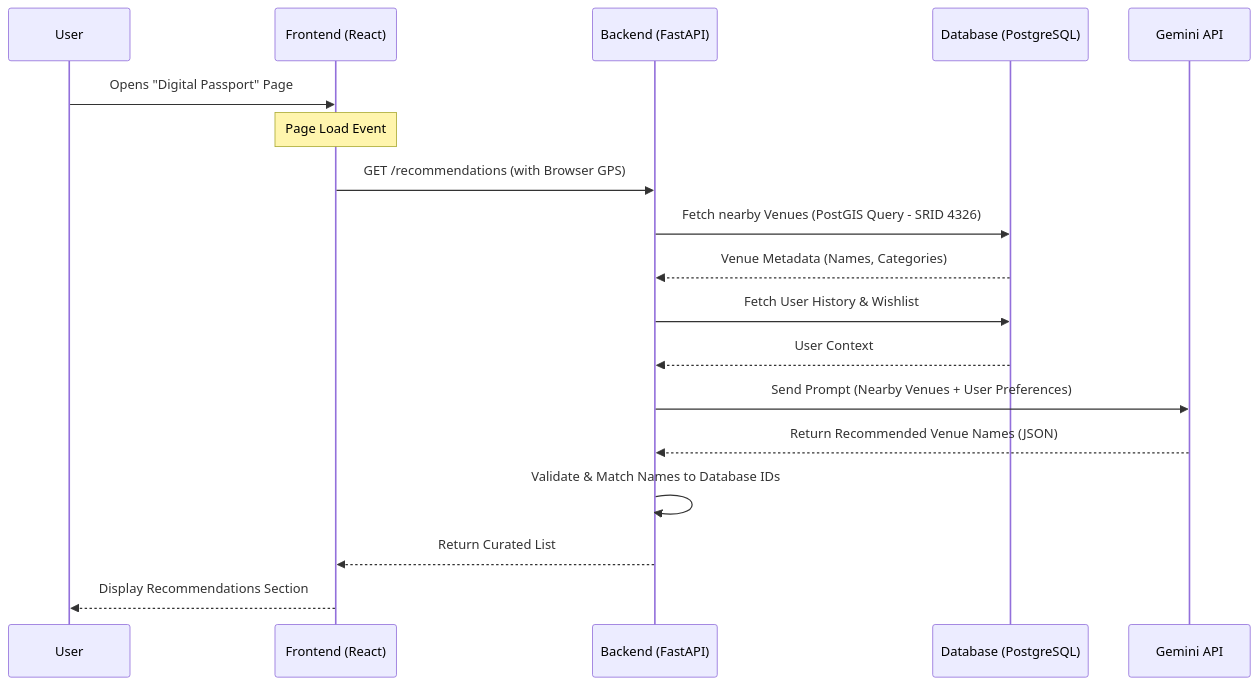
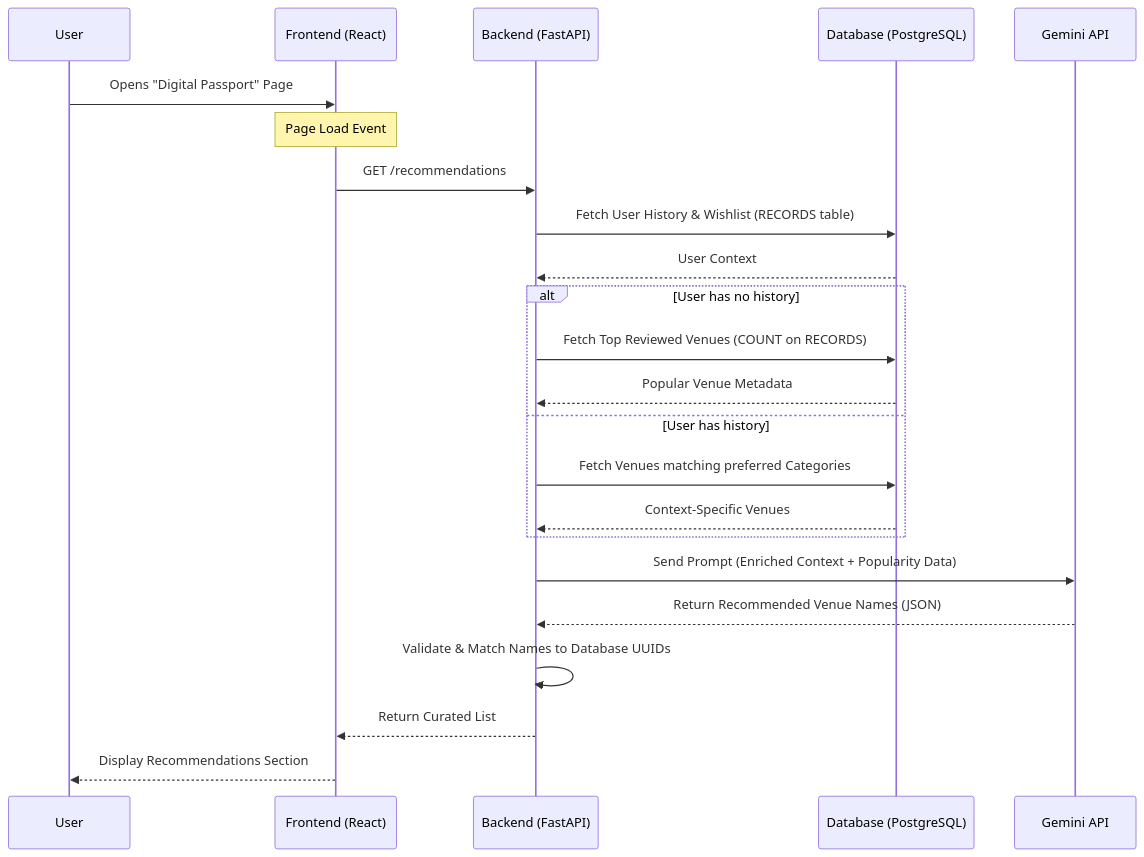
One commit to Josejgs1/Trabalho_Pratico-ES changed the first of 2 diagrams in docs/guidelines/ai-suggestions-behavior.md. Above: the diagram before and after it, drawn with Mermaid. The commit also changed other lines of this file, not shown here.

Commit message:
docs: update ai suggestions behavior to use popularity-based logic

````diff
--- a/docs/guidelines/ai-suggestions-behavior.md
+++ b/docs/guidelines/ai-suggestions-behavior.md
@@ -11,21 +11,26 @@
 ```mermaid
 sequenceDiagram
     participant User
     participant App as Frontend (React)
     participant API as Backend (FastAPI)
     participant DB as Database (PostgreSQL)
     participant AI as Gemini API
 
     User->>App: Opens "Digital Passport" Page
     Note over App: Page Load Event
-    App->>API: GET /recommendations (with Browser GPS)
-    API->>DB: Fetch nearby Venues (PostGIS Query - SRID 4326)
-    DB-->>API: Venue Metadata (Names, Categories)
-    API->>DB: Fetch User History & Wishlist
+    App->>API: GET /recommendations
+    API->>DB: Fetch User History & Wishlist (RECORDS table)
     DB-->>API: User Context
-    API->>AI: Send Prompt (Nearby Venues + User Preferences)
+    alt User has no history
+        API->>DB: Fetch Top Reviewed Venues (COUNT on RECORDS)
+        DB-->>API: Popular Venue Metadata
+    else User has history
+        API->>DB: Fetch Venues matching preferred Categories
+        DB-->>API: Context-Specific Venues
+    end
+    API->>AI: Send Prompt (Enriched Context + Popularity Data)
     AI-->>API: Return Recommended Venue Names (JSON)
-    API->>API: Validate & Match Names to Database IDs
+    API->>API: Validate & Match Names to Database UUIDs
     API-->>App: Return Curated List
     App-->>User: Display Recommendations Section
 ```
````
